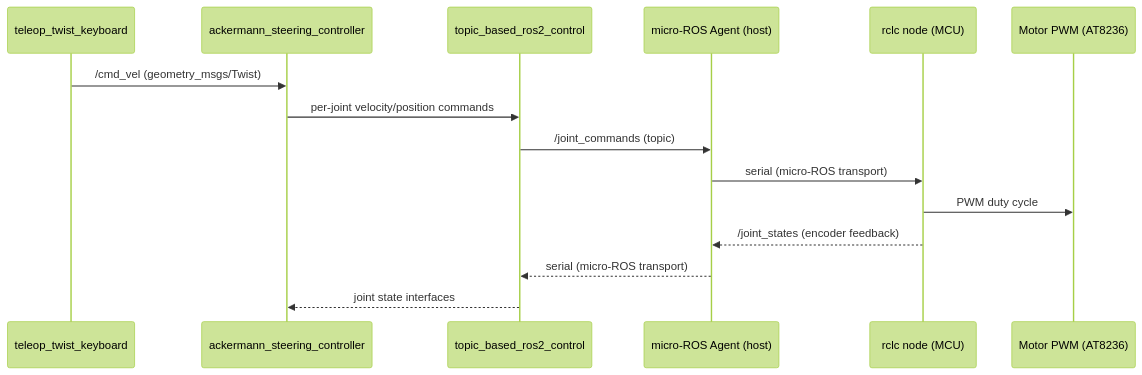
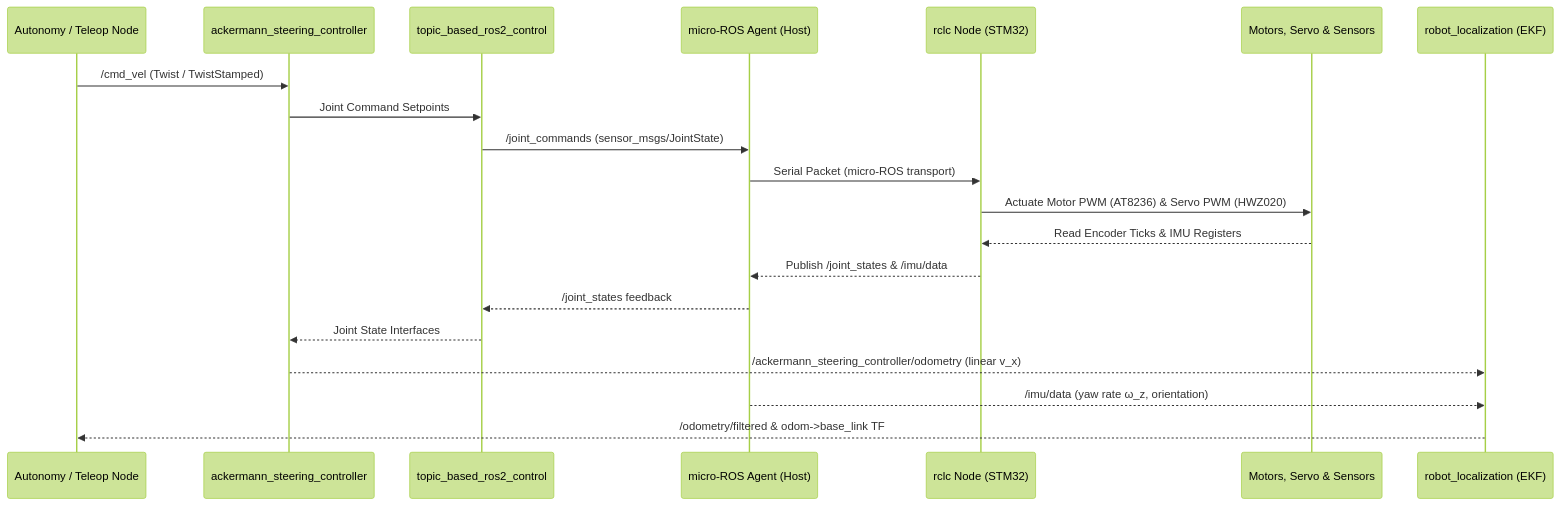
The second of 2 diagrams in docs/architecture.md (Alvin0523/mdp), drawn with Mermaid (forest theme) before and after one commit. The commit also changed other lines of this file and 20 other files, not shown here.

````diff
--- a/docs/architecture.md
+++ b/docs/architecture.md
@@ -166,18 +91,24 @@
 ```mermaid
 sequenceDiagram
-  participant T as teleop_twist_keyboard
+  participant User as Autonomy / Teleop Node
   participant ASC as ackermann_steering_controller
   participant HWI as topic_based_ros2_control
-  participant AGENT as micro-ROS Agent (host)
-  participant MCU as rclc node (MCU)
-  participant MOT as Motor PWM (AT8236)
+  participant Agent as micro-ROS Agent (Host)
+  participant MCU as rclc Node (STM32)
+  participant HW as Motors, Servo & Sensors
+  participant EKF as robot_localization (EKF)
 
-  T->>ASC: /cmd_vel (geometry_msgs/Twist)
-  ASC->>HWI: per-joint velocity/position commands
-  HWI->>AGENT: /joint_commands (topic)
-  AGENT->>MCU: serial (micro-ROS transport)
-  MCU->>MOT: PWM duty cycle
-  MCU-->>AGENT: /joint_states (encoder feedback)
-  AGENT-->>HWI: serial (micro-ROS transport)
-  HWI-->>ASC: joint state interfaces
+  User->>ASC: /cmd_vel (Twist / TwistStamped)
+  ASC->>HWI: Joint Command Setpoints
+  HWI->>Agent: /joint_commands (sensor_msgs/JointState)
+  Agent->>MCU: Serial Packet (micro-ROS transport)
+  MCU->>HW: Actuate Motor PWM (AT8236) & Servo PWM (HWZ020)
+  
+  HW-->>MCU: Read Encoder Ticks & IMU Registers
+  MCU-->>Agent: Publish /joint_states & /imu/data
+  Agent-->>HWI: /joint_states feedback
+  HWI-->>ASC: Joint State Interfaces
+  ASC-->>EKF: /ackermann_steering_controller/odometry (linear v_x)
+  Agent-->>EKF: /imu/data (yaw rate ω_z, orientation)
+  EKF-->>User: /odometry/filtered & odom->base_link TF
 ```
````
